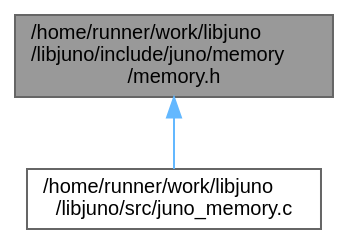
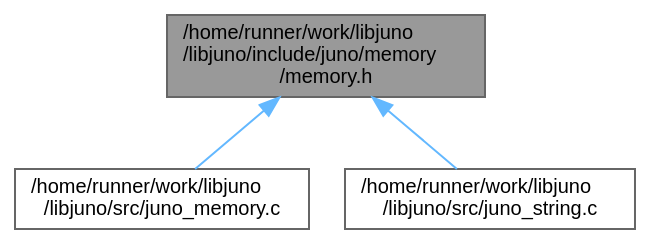
The diagram in memory_8h__dep__incl.dot (robinonsay/libjuno), drawn with Graphviz before and after one commit. The commit also changed 105 other files, not shown here.

```diff
--- a/memory_8h__dep__incl.dot
+++ b/memory_8h__dep__incl.dot
@@ -1,10 +1,12 @@
 digraph "/home/runner/work/libjuno/libjuno/include/juno/memory/memory.h"
 {
  // LATEX_PDF_SIZE
   bgcolor="transparent";
   edge [fontname=Helvetica,fontsize=10,labelfontname=Helvetica,labelfontsize=10];
   node [fontname=Helvetica,fontsize=10,shape=box,height=0.2,width=0.4];
   Node1 [id="Node000001",label="/home/runner/work/libjuno\l/libjuno/include/juno/memory\l/memory.h",height=0.2,width=0.4,color="gray40", fillcolor="grey60", style="filled", fontcolor="black",tooltip=" "];
   Node1 -> Node2 [id="edge1_Node000001_Node000002",dir="back",color="steelblue1",style="solid",tooltip=" "];
   Node2 [id="Node000002",label="/home/runner/work/libjuno\l/libjuno/src/juno_memory.c",height=0.2,width=0.4,color="grey40", fillcolor="white", style="filled",URL="$juno__memory_8c.html",tooltip=" "];
+  Node1 -> Node3 [id="edge2_Node000001_Node000003",dir="back",color="steelblue1",style="solid",tooltip=" "];
+  Node3 [id="Node000003",label="/home/runner/work/libjuno\l/libjuno/src/juno_string.c",height=0.2,width=0.4,color="grey40", fillcolor="white", style="filled",URL="$juno__string_8c.html",tooltip=" "];
 }
```
